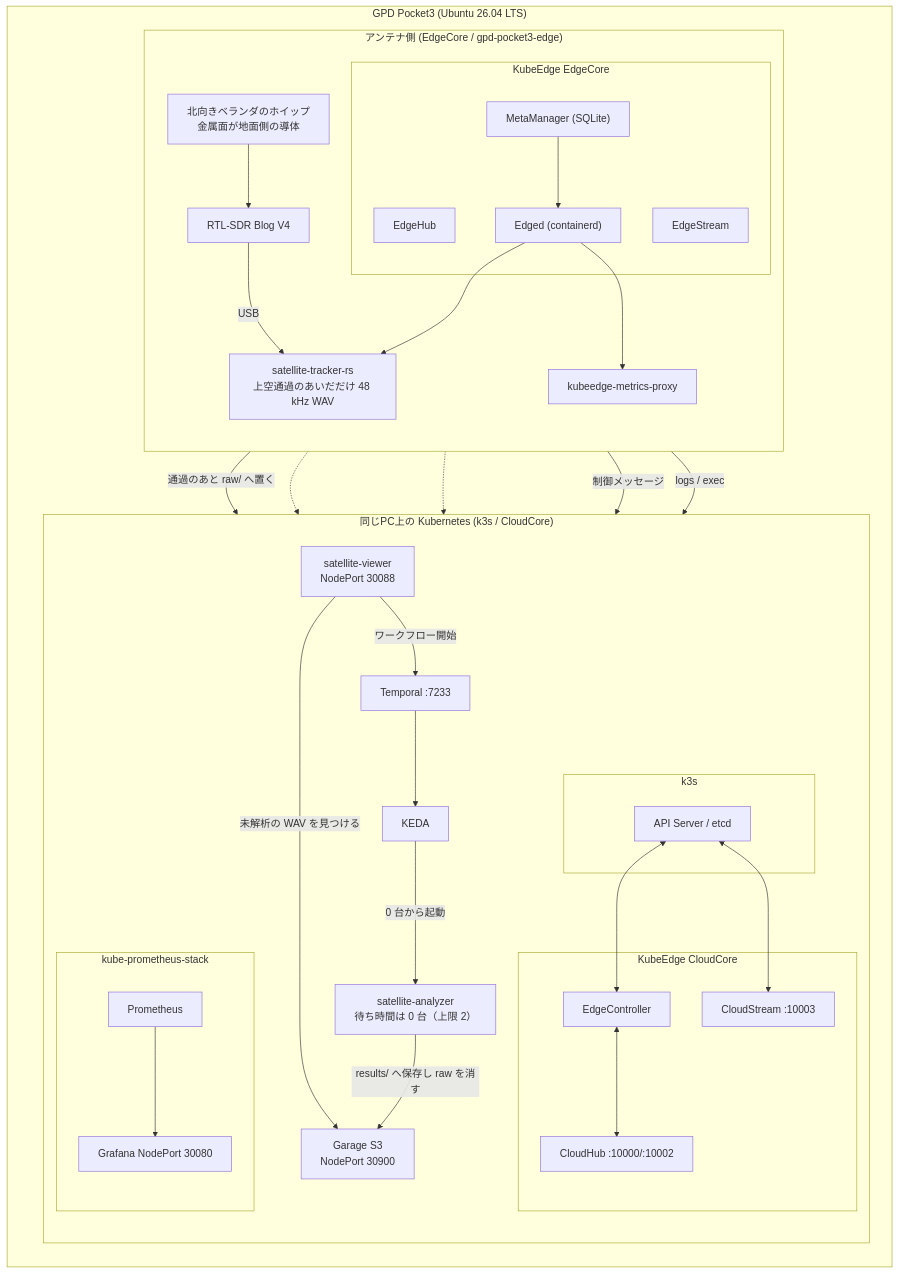
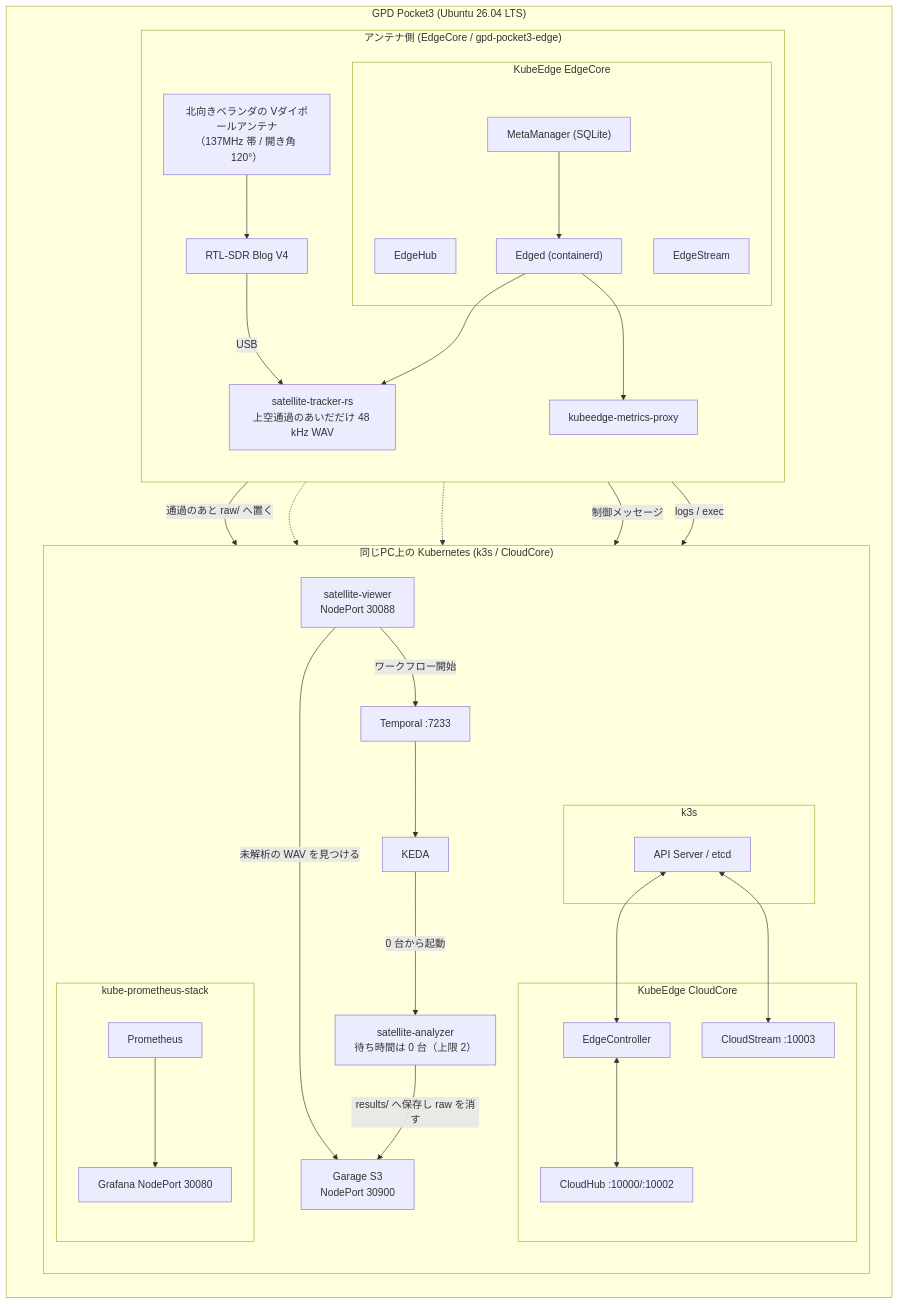
The diagram in docs/03_system_architecture.md (tozastation/radio-astronomy), drawn with Mermaid before and after one commit. The commit also changed 1 other file, not shown here.

Commit message:
docs: READMEおよびシステム構成図のアンテナ記述をVダイポールへ修正

````diff
--- a/docs/03_system_architecture.md
+++ b/docs/03_system_architecture.md
@@ -28,70 +28,70 @@
 ```mermaid
 flowchart TB
     subgraph HostBox["GPD Pocket3 (Ubuntu 26.04 LTS)"]
         direction TB
 
         subgraph EdgeArea["アンテナ側 (EdgeCore / gpd-pocket3-edge)"]
             direction TB
-            Antenna["北向きベランダのホイップ<br/>金属面が地面側の導体"]
+            Antenna["北向きベランダの Vダイポールアンテナ<br/>（137MHz 帯 / 開き角 120°）"]
             RTLSDR["RTL-SDR Blog V4"]
 
             subgraph EdgeCoreBox["KubeEdge EdgeCore"]
                 EdgeHub["EdgeHub"]
                 EdgeStream["EdgeStream"]
                 MetaManager["MetaManager (SQLite)"]
                 Edged["Edged (containerd)"]
             end
 
             Tracker["satellite-tracker-rs<br/>上空通過のあいだだけ 48 kHz WAV"]
             Proxy["kubeedge-metrics-proxy"]
 
             Antenna --> RTLSDR
             RTLSDR -->|USB| Tracker
             Edged --> Tracker
             Edged --> Proxy
             MetaManager --> Edged
         end
 
         subgraph CloudArea["同じPC上の Kubernetes (k3s / CloudCore)"]
             direction TB
 
             subgraph K8sControl["k3s"]
                 APIServer["API Server / etcd"]
             end
 
             subgraph CloudCoreBox["KubeEdge CloudCore"]
                 EdgeController["EdgeController"]
                 CloudHub["CloudHub :10000/:10002"]
                 CloudStream["CloudStream :10003"]
             end
 
             APIServer <--> EdgeController
             EdgeController <--> CloudHub
             APIServer <--> CloudStream
 
             Garage["Garage S3<br/>NodePort 30900"]
             Viewer["satellite-viewer<br/>NodePort 30088"]
             Temporal["Temporal :7233"]
             KEDA["KEDA"]
             Worker["satellite-analyzer<br/>待ち時間は 0 台（上限 2）"]
 
             subgraph MonitoringStack["kube-prometheus-stack"]
                 Prometheus["Prometheus"]
                 Grafana["Grafana NodePort 30080"]
             end
 
             Tracker -->|"通過のあと raw/ へ置く"| Garage
             Viewer -->|"未解析の WAV を見つける"| Garage
             Viewer -->|"ワークフロー開始"| Temporal
             Temporal --> KEDA
             KEDA -->|"0 台から起動"| Worker
             Worker -->|"results/ へ保存し raw を消す"| Garage
             Prometheus --> Grafana
             Proxy -.-> Prometheus
             Tracker -.-> Prometheus
         end
 
         EdgeHub -->|"制御メッセージ"| CloudHub
         EdgeStream -->|"logs / exec"| CloudStream
     end
 ```
````
